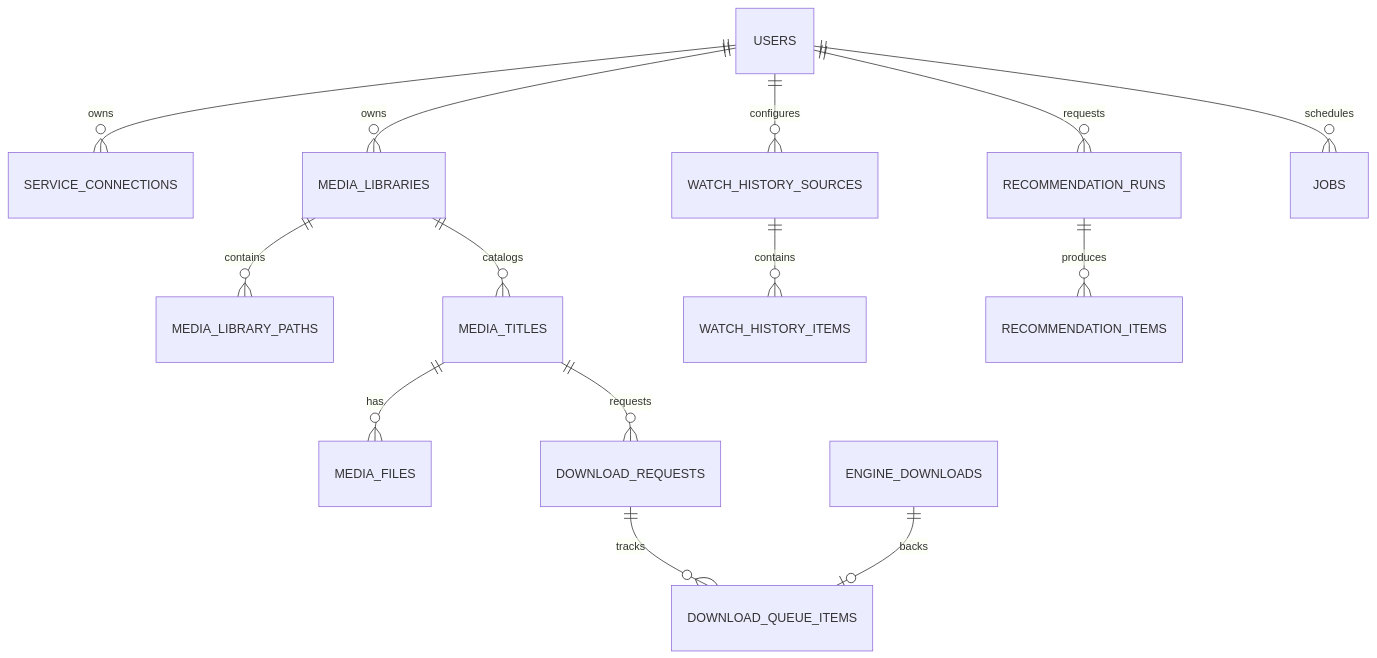
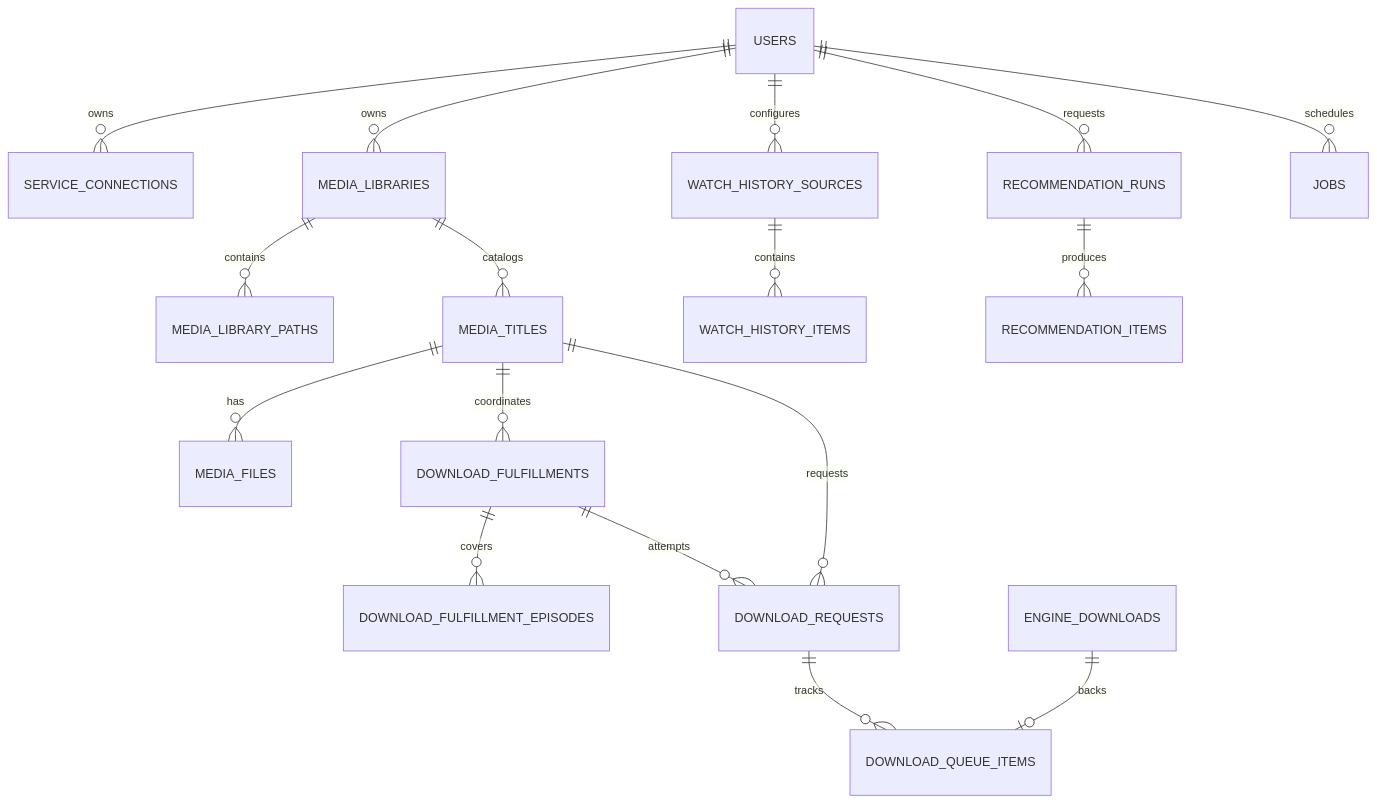
Before and after one commit to TannerMidd/Nooklet: the first of 3 diagrams in docs/wiki/Data-and-Background-Jobs.md, drawn with Mermaid. The commit also changed other lines of this file and 137 other files, not shown here.

````diff
--- a/docs/wiki/Data-and-Background-Jobs.md
+++ b/docs/wiki/Data-and-Background-Jobs.md
@@ -35,16 +35,19 @@
 ```mermaid
 erDiagram
   USERS ||--o{ SERVICE_CONNECTIONS : owns
   USERS ||--o{ MEDIA_LIBRARIES : owns
   MEDIA_LIBRARIES ||--o{ MEDIA_LIBRARY_PATHS : contains
   MEDIA_LIBRARIES ||--o{ MEDIA_TITLES : catalogs
   MEDIA_TITLES ||--o{ MEDIA_FILES : has
+  MEDIA_TITLES ||--o{ DOWNLOAD_FULFILLMENTS : coordinates
+  DOWNLOAD_FULFILLMENTS ||--o{ DOWNLOAD_FULFILLMENT_EPISODES : covers
+  DOWNLOAD_FULFILLMENTS ||--o{ DOWNLOAD_REQUESTS : attempts
   MEDIA_TITLES ||--o{ DOWNLOAD_REQUESTS : requests
   DOWNLOAD_REQUESTS ||--o{ DOWNLOAD_QUEUE_ITEMS : tracks
   ENGINE_DOWNLOADS ||--o| DOWNLOAD_QUEUE_ITEMS : backs
   USERS ||--o{ WATCH_HISTORY_SOURCES : configures
   WATCH_HISTORY_SOURCES ||--o{ WATCH_HISTORY_ITEMS : contains
   USERS ||--o{ RECOMMENDATION_RUNS : requests
   RECOMMENDATION_RUNS ||--o{ RECOMMENDATION_ITEMS : produces
   USERS ||--o{ JOBS : schedules
 ```
````
